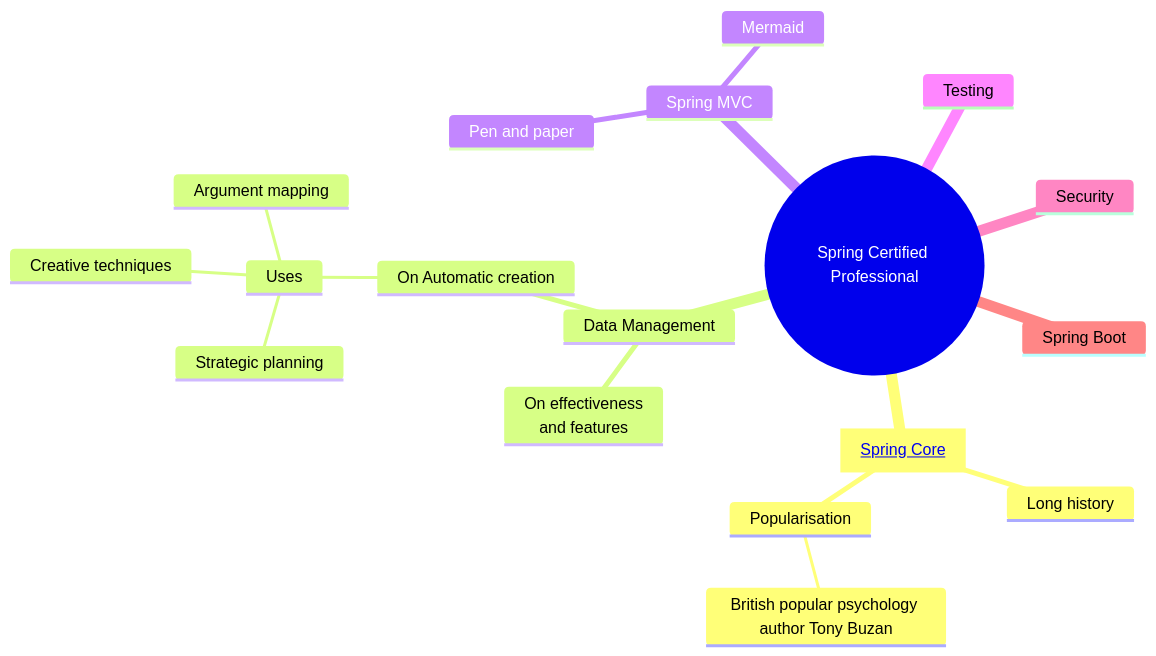
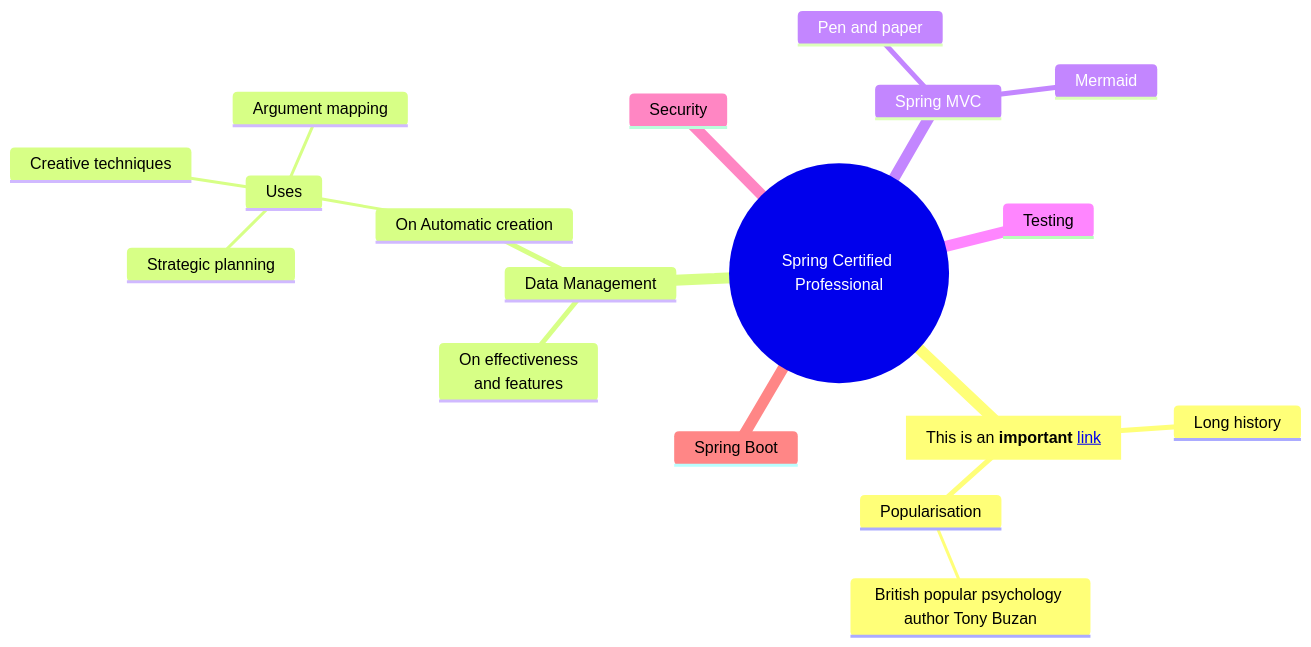
Before and after one commit to jrsmth/spring: the diagram in content/spring-certified-pro/00-master/README.md, drawn with Mermaid.

Commit message:
[SCP-0] Revision set-up

````diff
--- a/content/spring-certified-pro/00-master/README.md
+++ b/content/spring-certified-pro/00-master/README.md
@@ -7,22 +7,22 @@
 ```mermaid
 mindmap
   root((Spring Certified Professional))
-    A[<a href='../01-spring-core'>Spring Core</a>]
+    A[This is an <b>important</b> <a href='https://google.com'>link</a>]
       Long history
       ::icon(fa fa-book)
       Popularisation
         British popular psychology author Tony Buzan
     Data Management
       On effectiveness<br/>and features
       On Automatic creation
         Uses
             Creative techniques
             Strategic planning
             Argument mapping
     Spring MVC
       Pen and paper
       Mermaid
     Testing
     Security
     Spring Boot
 ```
````
